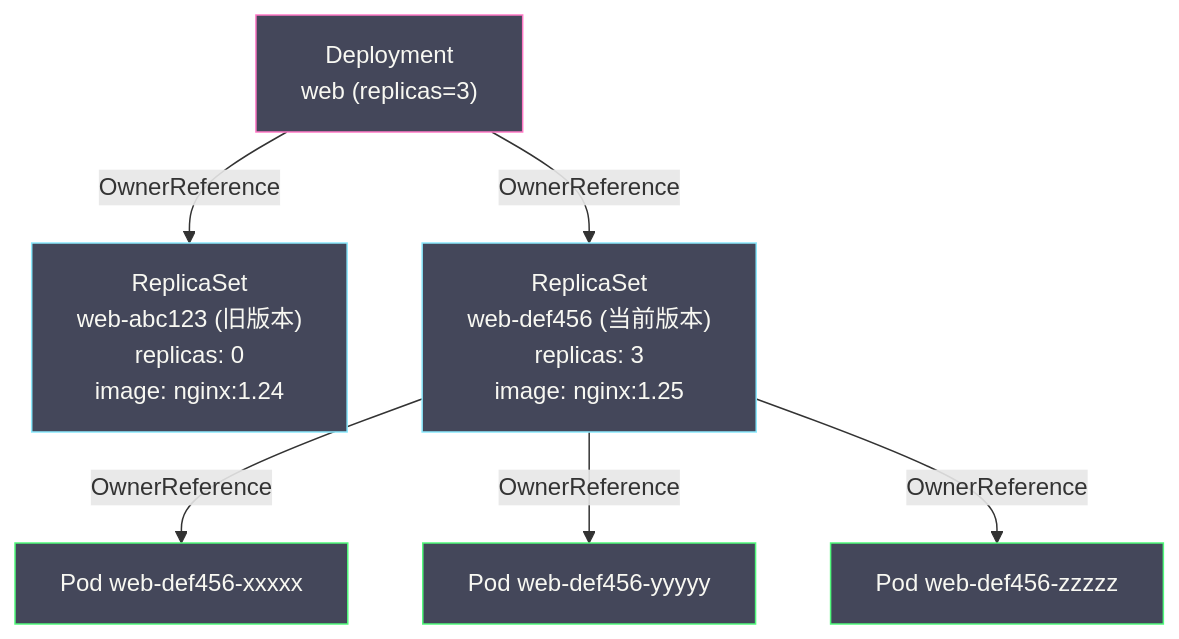
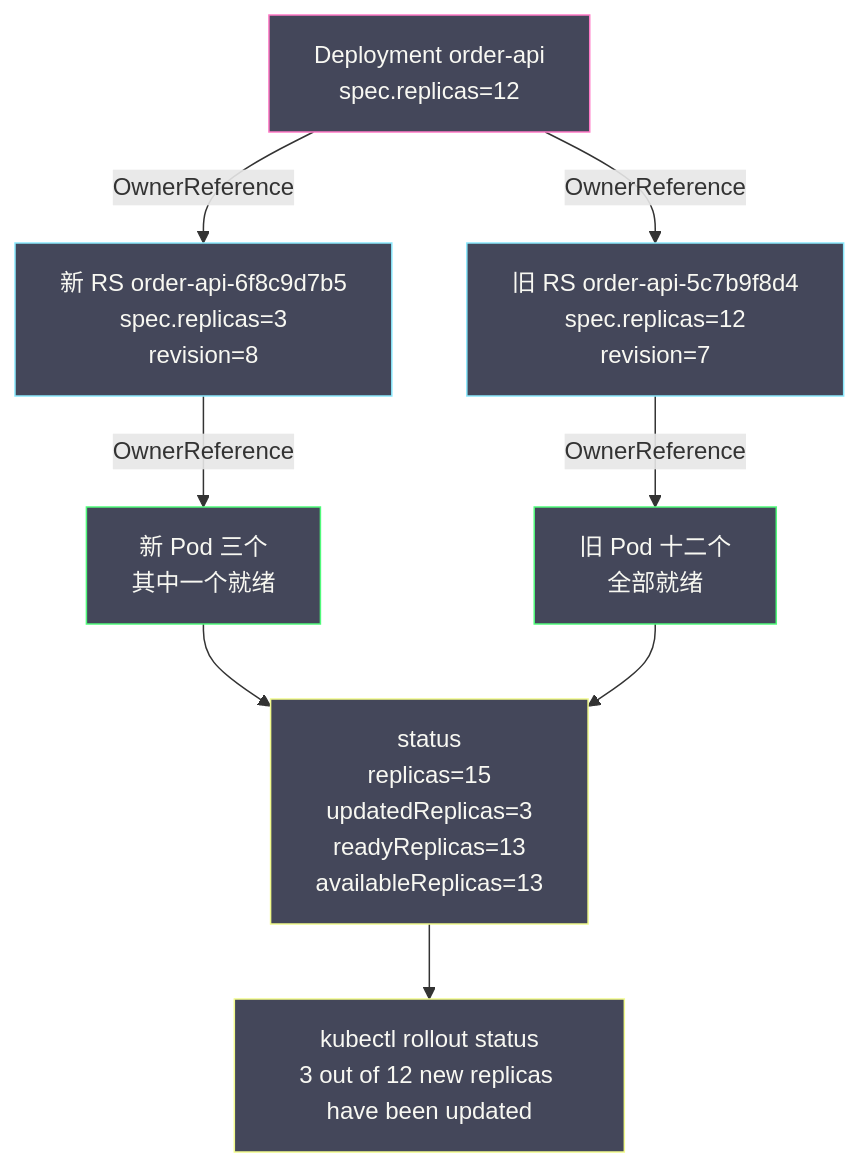
Before and after one commit to hpliStartAgain/my-brain: the first of 6 diagrams in content/云原生/Kubernetes/kubernetes控制器和调度器/02 Deployment 控制器深度解析.md, drawn with Mermaid. The commit also changed other lines of this file and 259 other files, not shown here.

````diff
--- a/content/云原生/Kubernetes/kubernetes控制器和调度器/02 Deployment 控制器深度解析.md
+++ b/content/云原生/Kubernetes/kubernetes控制器和调度器/02 Deployment 控制器深度解析.md
@@ -27,24 +35,28 @@
 ```mermaid
 %%{init: {'theme': 'dracula'}}%%
-graph TD
-    DEP["Deployment</br>web (replicas=3)"]
-    RS1["ReplicaSet</br>web-abc123 (旧版本)</br>replicas: 0</br>image: nginx:1.24"]
-    RS2["ReplicaSet</br>web-def456 (当前版本)</br>replicas: 3</br>image: nginx:1.25"]
-    P1["Pod web-def456-xxxxx"]
-    P2["Pod web-def456-yyyyy"]
-    P3["Pod web-def456-zzzzz"]
+flowchart TD
+    D["Deployment order-api<br/>spec.replicas=12"]
+    RSN["新 RS order-api-6f8c9d7b5<br/>spec.replicas=3<br/>revision=8"]
+    RSO["旧 RS order-api-5c7b9f8d4<br/>spec.replicas=12<br/>revision=7"]
+    PN["新 Pod 三个<br/>其中一个就绪"]
+    PO["旧 Pod 十二个<br/>全部就绪"]
+    ST["status<br/>replicas=15<br/>updatedReplicas=3<br/>readyReplicas=13<br/>availableReplicas=13"]
+    CL["kubectl rollout status<br/>3 out of 12 new replicas have been updated"]
 
-    DEP -->|"OwnerReference"| RS1
-    DEP -->|"OwnerReference"| RS2
-    RS2 -->|"OwnerReference"| P1
-    RS2 -->|"OwnerReference"| P2
-    RS2 -->|"OwnerReference"| P3
+    D -->|"OwnerReference"| RSN
+    D -->|"OwnerReference"| RSO
+    RSN -->|"OwnerReference"| PN
+    RSO -->|"OwnerReference"| PO
+    PN --> ST
+    PO --> ST
+    ST --> CL
 
     classDef dep fill:#44475a,stroke:#ff79c6,color:#f8f8f2
     classDef rs fill:#44475a,stroke:#8be9fd,color:#f8f8f2
     classDef pod fill:#44475a,stroke:#50fa7b,color:#f8f8f2
-
-    class DEP dep
-    class RS1,RS2 rs
-    class P1,P2,P3 pod
+    classDef st fill:#44475a,stroke:#f1fa8c,color:#f8f8f2
+    class D dep
+    class RSN,RSO rs
+    class PN,PO pod
+    class ST,CL st
 ```
````
